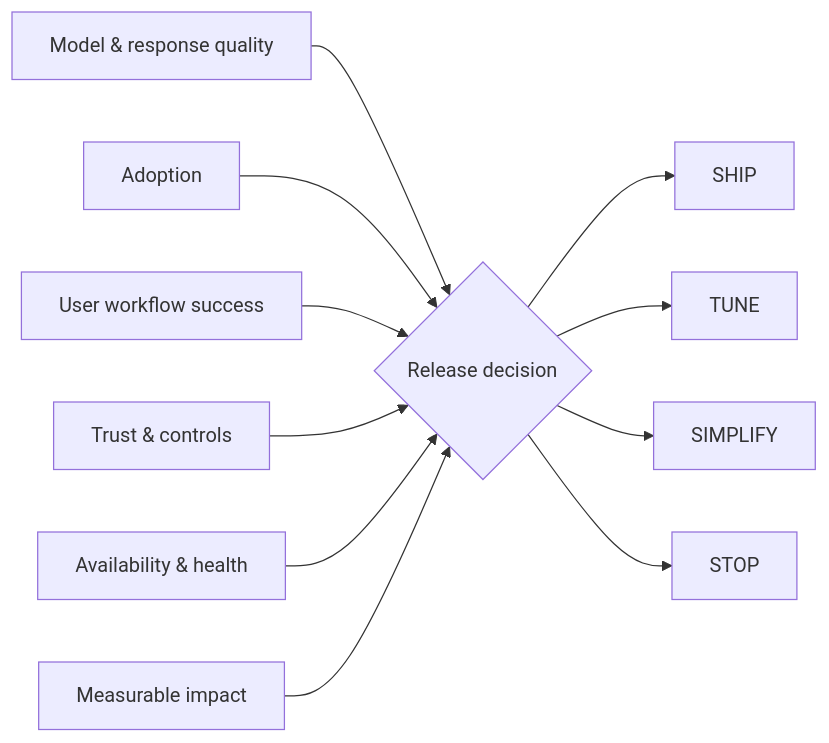
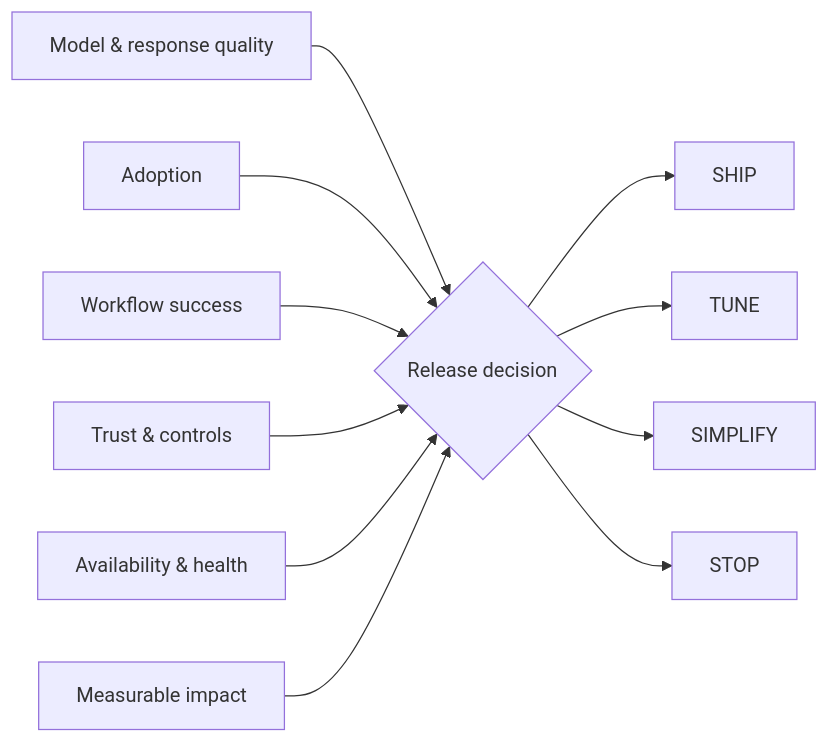
The diagram in projects/mautam-eval-lab/README.md (AshIntelligence/agenticmine), drawn with Mermaid before and after one commit. The commit also changed other lines of this file and 21 other files, not shown here.

````diff
--- a/projects/mautam-eval-lab/README.md
+++ b/projects/mautam-eval-lab/README.md
@@ -18,13 +18,13 @@
 ```mermaid
 flowchart LR
   Q[Model & response quality] --> D{Release decision}
   A[Adoption] --> D
-  U[User workflow success] --> D
+  U[Workflow success] --> D
   T[Trust & controls] --> D
   H[Availability & health] --> D
   I[Measurable impact] --> D
   D --> S[SHIP]
   D --> N[TUNE]
   D --> M[SIMPLIFY]
   D --> X[STOP]
 ```
````
